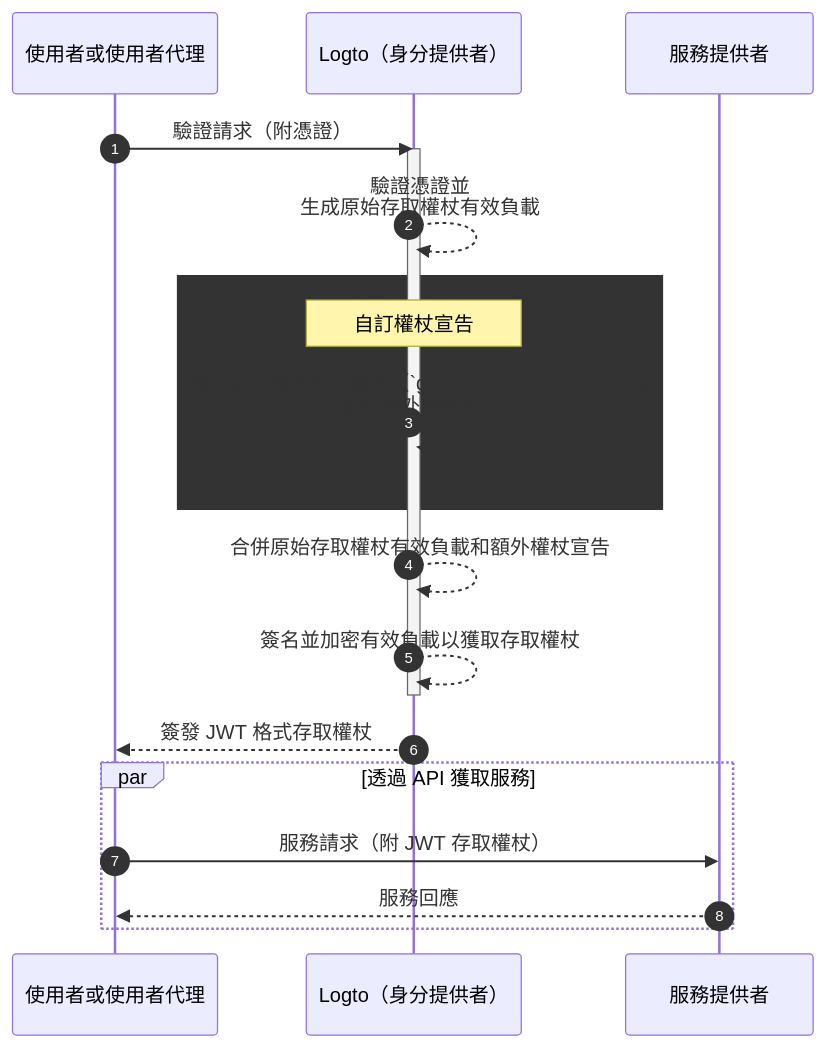
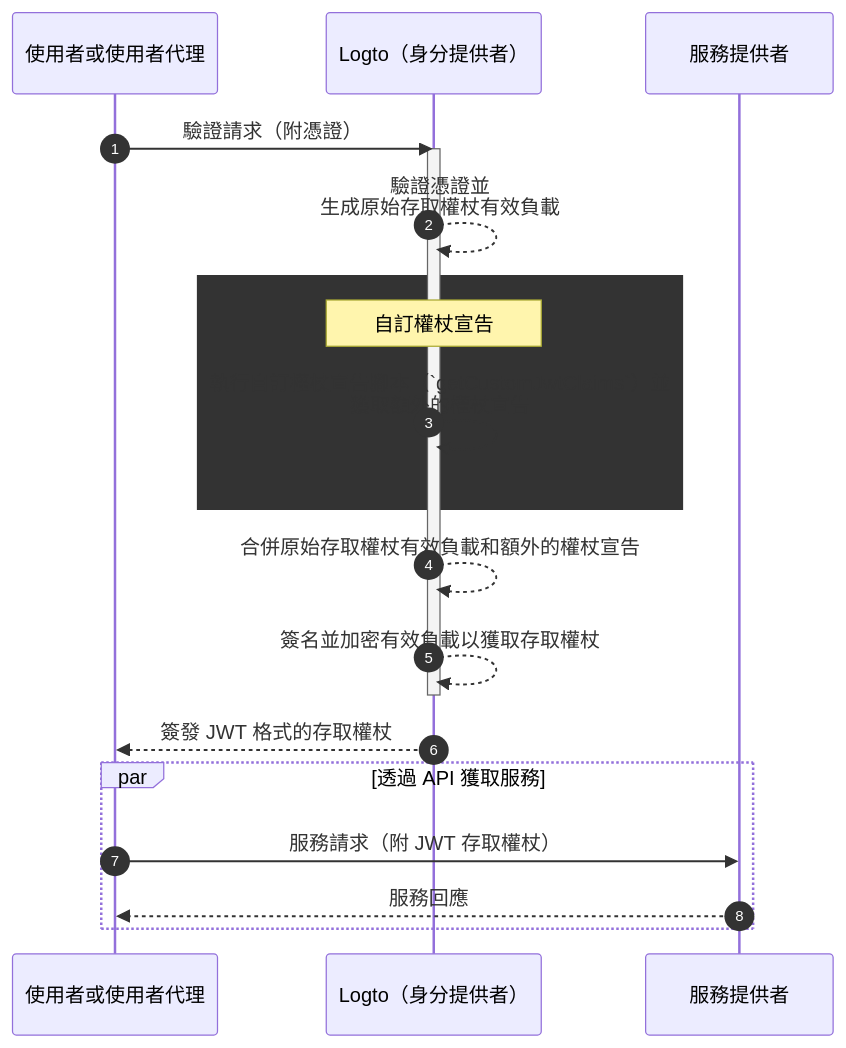
One commit to logto-io/docs changed the diagram in i18n/zh-TW/docusaurus-plugin-content-docs/current/developers/custom-token-claims/README.mdx. Above: the diagram before and after it, drawn with Mermaid. The commit also changed other lines of this file and 407 other files, not shown here.

````diff
--- a/i18n/zh-TW/docusaurus-plugin-content-docs/current/developers/custom-token-claims/README.mdx
+++ b/i18n/zh-TW/docusaurus-plugin-content-docs/current/developers/custom-token-claims/README.mdx
@@ -24,23 +26,23 @@
 ```mermaid
 sequenceDiagram
   participant U as 使用者或使用者代理
   participant IdP as Logto（身分提供者）
   participant SP as 服務提供者
 
   autonumber
   U ->> IdP: 驗證請求（附憑證）
   activate IdP
   IdP-->>IdP: 驗證憑證並<br/>生成原始存取權杖有效負載
   rect var(--mermaid-rect-fill)
   note over IdP: 自訂權杖宣告
-  IdP->>IdP: 執行自訂權杖宣告腳本（`getCustomJwtClaims`）並<br/>獲取額外權杖宣告
+  IdP->>IdP: 執行自訂權杖宣告腳本（`getCustomJwtClaims`）並<br/>獲取額外的權杖宣告
   end
-  IdP-->>IdP: 合併原始存取權杖有效負載和額外權杖宣告
+  IdP-->>IdP: 合併原始存取權杖有效負載和額外的權杖宣告
   IdP-->>IdP: 簽名並加密有效負載以獲取存取權杖
   deactivate IdP
-  IdP-->>U: 簽發 JWT 格式存取權杖
+  IdP-->>U: 簽發 JWT 格式的存取權杖
   par 透過 API 獲取服務
   U->>SP: 服務請求（附 JWT 存取權杖）
   SP-->>U: 服務回應
   end
 ```
````
